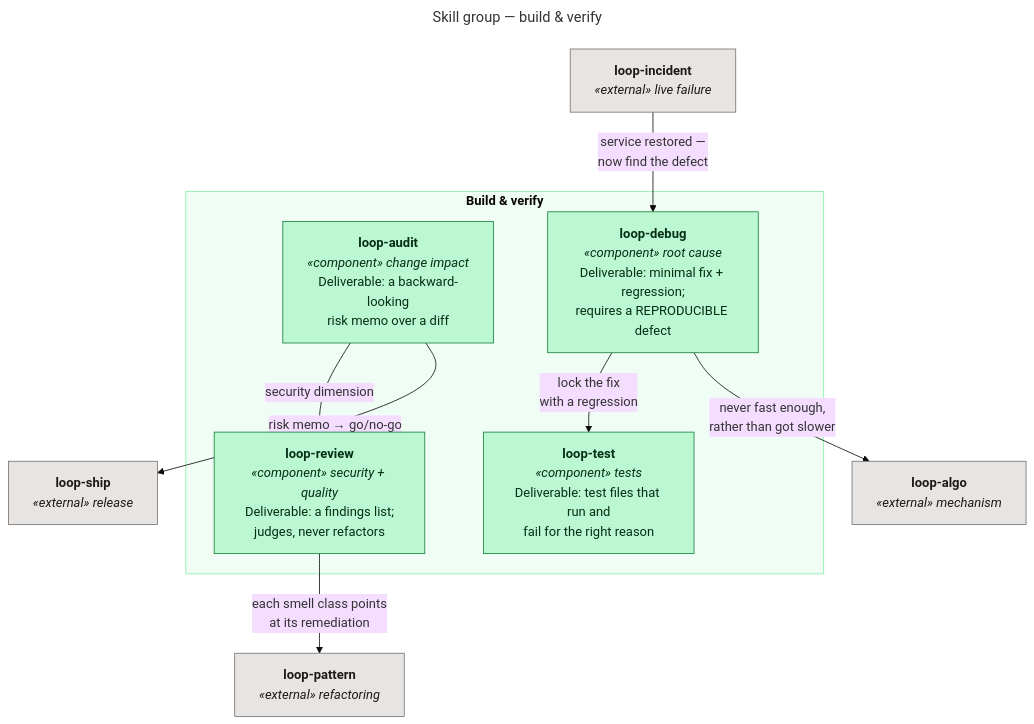
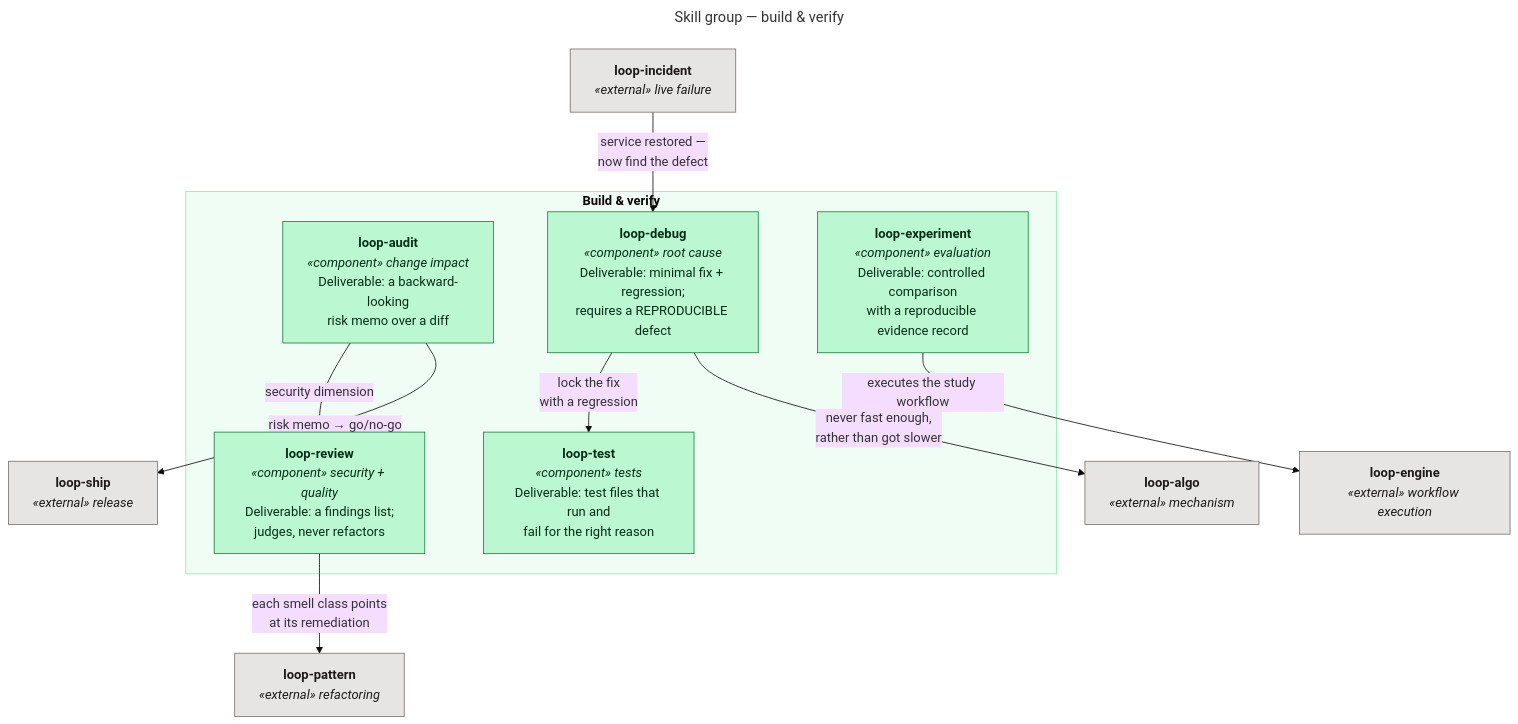
Before and after one commit to santapong/Proof: the diagram in docs/c4/diagrams/src/skills-build-verify.mmd, drawn with Mermaid (base theme). The commit also changed 36 other files, not shown here.

Commit message:
docs: refresh README and architecture with verified SVG diagrams

```diff
--- a/docs/c4/diagrams/src/skills-build-verify.mmd
+++ b/docs/c4/diagrams/src/skills-build-verify.mmd
@@ -1,28 +1,31 @@
 ---
 title: "Skill group — build & verify"
 ---
 flowchart TB
     subgraph g["<b>Build &amp; verify</b>"]
         test["<b>loop-test</b><br/><i>«component» tests</i><br/>Deliverable: test files that run and<br/>fail for the right reason"]
         rev["<b>loop-review</b><br/><i>«component» security + quality</i><br/>Deliverable: a findings list;<br/>judges, never refactors"]
         aud["<b>loop-audit</b><br/><i>«component» change impact</i><br/>Deliverable: a backward-looking<br/>risk memo over a diff"]
         dbg["<b>loop-debug</b><br/><i>«component» root cause</i><br/>Deliverable: minimal fix + regression;<br/>requires a REPRODUCIBLE defect"]
+        exp["<b>loop-experiment</b><br/><i>«component» evaluation</i><br/>Deliverable: controlled comparison<br/>with a reproducible evidence record"]
     end
 
+    eng["<b>loop-engine</b><br/><i>«external» workflow execution</i>"]
     pat["<b>loop-pattern</b><br/><i>«external» refactoring</i>"]
     ship["<b>loop-ship</b><br/><i>«external» release</i>"]
     inc["<b>loop-incident</b><br/><i>«external» live failure</i>"]
     algo["<b>loop-algo</b><br/><i>«external» mechanism</i>"]
 
+    exp -- "executes the study workflow" --> eng
     aud -- "security dimension" --> rev
     aud -- "risk memo → go/no-go" --> ship
     rev -- "each smell class points<br/>at its remediation" --> pat
     inc -- "service restored —<br/>now find the defect" --> dbg
     dbg -- "lock the fix<br/>with a regression" --> test
     dbg -- "never fast enough,<br/>rather than got slower" --> algo
 
     classDef component fill:#BBF7D0,stroke:#15803D,color:#052E16
     classDef extc fill:#E7E5E4,stroke:#78716C,color:#1C1917
-    class test,rev,aud,dbg component
-    class pat,ship,inc,algo extc
+    class test,rev,aud,dbg,exp component
+    class pat,ship,inc,algo,eng extc
     style g fill:#F0FDF4,stroke:#86EFAC
```
